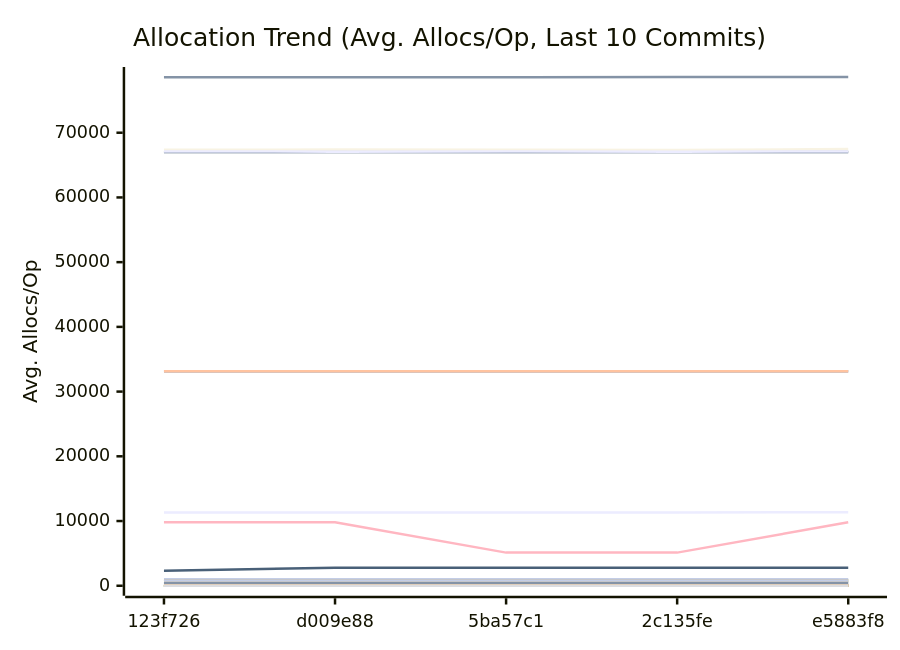
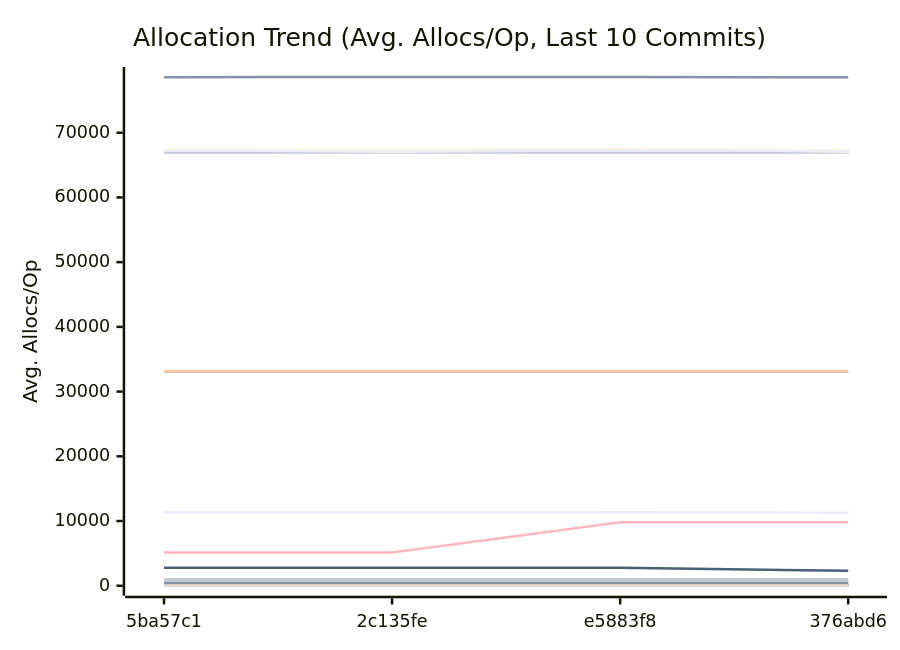
One commit to alsotoes/momo changed the third of 3 diagrams in docs/PERFORMANCE.md. Above: the diagram before and after it, drawn with Mermaid. The commit also changed other lines of this file and 1 other file, not shown here.

````diff
--- a/docs/PERFORMANCE.md
+++ b/docs/PERFORMANCE.md
@@ -360,44 +360,44 @@
 ```mermaid
 xychart-beta
     title "Allocation Trend (Avg. Allocs/Op, Last 10 Commits)"
     x-axis "Commit"
     y-axis "Avg. Allocs/Op"
-    x-axis [123f726,d009e88,5ba57c1,2c135fe,e5883f8]
-    line "AWSChunkedReaderSigned" [11300,11299,11305,11315,11352,11288,11282,11307,11314,11300]
-    line "AWSChunkedReaderUnsigned" [78589,78575,78586,78603,78609,78561,78569,78579,78587,78576]
+    x-axis [5ba57c1,2c135fe,e5883f8,376abd6]
+    line "AWSChunkedReaderSigned" [11305,11315,11352,11288,11282,11307,11314,11300,11307,11302]
+    line "AWSChunkedReaderUnsigned" [78586,78603,78609,78561,78569,78579,78587,78576,78613,78584]
     line "CheckMetricsAndSwap" [0,0,0,0,0,0,0,0,0,0]
     line "CrushOptimized" [0,0,0,0,0,0,0,0,0,0]
     line "CrushOriginal" [3,3,3,3,3,3,3,3,3,3]
     line "FormatListObjectsV2XML_AppendFormat" [16,16,16,16,16,16,16,16,16,16]
     line "FormatListObjectsV2XML_OldFormat" [1000,1000,1000,1000,1000,1000,1000,1000,1000,1000]
     line "HashBytes/1MiB" [64,64,64,64,64,64,64,64,64,64]
     line "HashBytes/256MiB" [64,64,64,64,64,64,64,64,64,64]
     line "HashBytes/64MiB" [64,64,64,64,64,64,64,64,64,64]
     line "HashFile/1MiB" [33128,33128,33128,33128,33128,33128,33128,33128,33128,33128]
     line "HashFile/256MiB" [33128,33128,33128,33128,33128,33128,33128,33128,33128,33128]
     line "HashFile/64MiB" [33128,33128,33128,33128,33128,33128,33128,33128,33128,33128]
     line "IndexDirectTracking" [0,0,0,0,0,0,0,0,0,0]
     line "IndexSearch" [0,0,0,0,0,0,0,0,0,0]
     line "LastModifiedHeader_AppendFormat" [0,0,0,0,0,0,0,0,0,0]
     line "LastModifiedHeader_Format" [1,1,1,1,1,1,1,1,1,1]
     line "LoadGlobalConfig" [58,58,58,58,58,58,58,58,58,58]
-    line "LocalWrite/1MiB" [67035,67028,67030,67029,67036,67031,67028,67030,67033,67040]
-    line "LocalWrite/256MiB" [67386,67388,67358,67330,67465,67275,67218,67324,67356,67435]
-    line "LocalWrite/64MiB" [67086,67077,67086,67071,67103,67070,67080,67067,67089,67097]
+    line "LocalWrite/1MiB" [67030,67029,67036,67031,67028,67030,67033,67040,67026,67032]
+    line "LocalWrite/256MiB" [67358,67330,67465,67275,67218,67324,67356,67435,67322,67349]
+    line "LocalWrite/64MiB" [67086,67071,67103,67070,67080,67067,67089,67097,67084,67096]
     line "PadString" [1,1,1,1,1,1,1,1,1,1]
     line "ParseReplicationOrder_NoPrealloc" [6,6,6,6,6,5,5,5,5,5]
     line "ParseReplicationOrder_Prealloc" [2,2,2,2,2,1,1,1,1,1]
     line "Placement" [6,6,6,6,6,6,6,6,6,6]
     line "PlacementDomainSpread" [6,6,6,6,6,6,6,6,6,6]
-    line "ReadVerify/1MiB" [462,461,460,460,484,458,466,460,436,471]
-    line "ReadVerify/256MiB" [9808,9808,5120,5120,9808,9808,5120,5120,9808,9808]
-    line "ReadVerify/64MiB" [2307,2776,2776,2776,2776,2307,2307,2307,2776,2776]
+    line "ReadVerify/1MiB" [460,460,484,458,466,460,436,471,463,468]
+    line "ReadVerify/256MiB" [5120,5120,9808,9808,5120,5120,9808,9808,9808,9808]
+    line "ReadVerify/64MiB" [2776,2776,2776,2307,2307,2307,2776,2776,2776,2776]
     line "S3PutSpool/1MiB" [447,447,447,447,447,447,447,447,447,447]
     line "S3PutSpool/256MiB" [448,448,448,448,448,448,448,448,448,448]
-    line "S3PutSpool/64MiB" [448,446,448,448,448,448,448,448,448,448]
+    line "S3PutSpool/64MiB" [448,448,448,448,448,448,448,448,448,448]
     line "SanitizeLog/Safe" [0,0,0,0,0,0,0,0,0,0]
     line "SanitizeLog/Unsafe" [1,1,1,1,1,1,1,1,1,1]
-    line "TrustedRead/1MiB" [800,800,800,830,800,827,800,800,800,800]
-    line "TrustedRead/256MiB" [800,800,800,800,800,800,800,800,800,848]
+    line "TrustedRead/1MiB" [800,830,800,827,800,800,800,800,800,800]
+    line "TrustedRead/256MiB" [800,800,800,800,800,800,800,848,800,800]
     line "TrustedRead/64MiB" [800,800,800,800,800,800,800,800,800,800]
 ```
````
